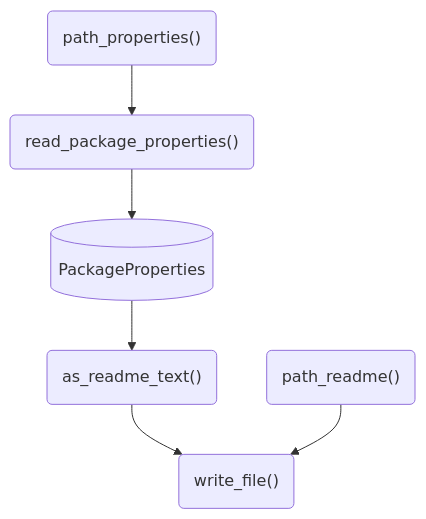
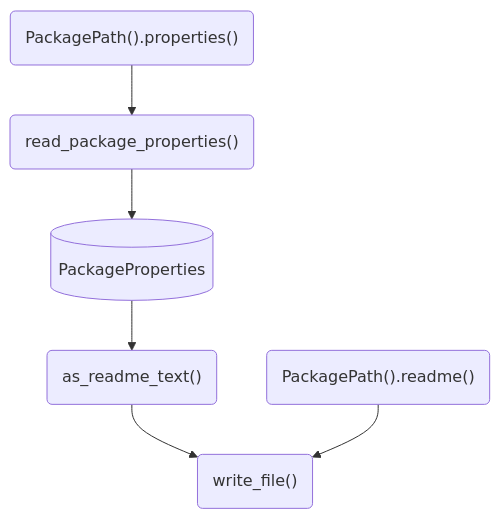
Before and after one commit to signekb/seedcase-sprout: the fourth of 10 diagrams in docs/design/interface/flows.qmd, drawn with Mermaid. The commit also changed other lines of this file and 17 other files, not shown here.

````diff
--- a/docs/design/interface/flows.qmd
+++ b/docs/design/interface/flows.qmd
@@ -133,18 +133,18 @@
 ```{mermaid}
 %%| label: fig-flow-update-readme
 %%| fig-cap: "Diagram showing the flow of objects and functions to update the README file after changing the package or resource properties."
 %%| fig-alt: "A flow diagram showing the steps to update the README file after changing the package or resource properties."
 flowchart
     properties[(PackageProperties)]
-    path_properties("path_properties()")
+    path_properties("PackagePath().properties()")
     read_package_properties("read_package_properties()")
     as_readme_text("as_readme_text()")
     write_file("write_file()")
-    path_readme("path_readme()")
+    path_readme("PackagePath().readme()")
 
     path_properties --> read_package_properties
     read_package_properties --> properties
     properties --> as_readme_text
     as_readme_text --> write_file
     path_readme --> write_file
 ```
````
